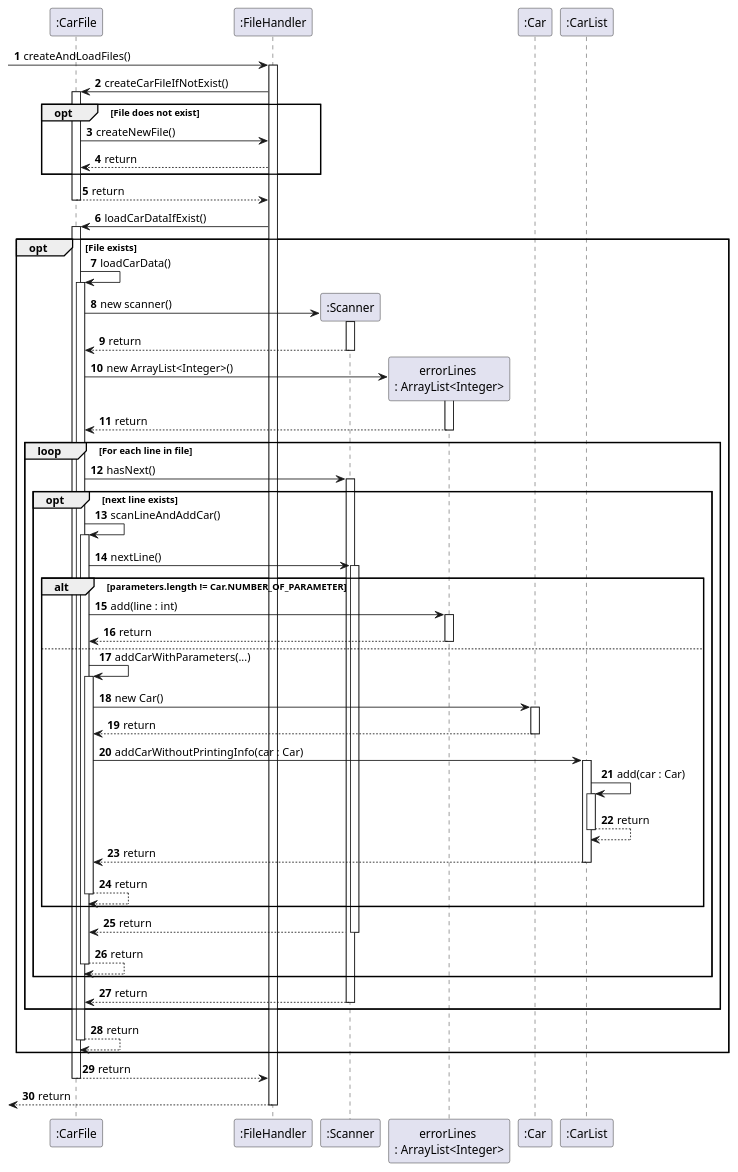
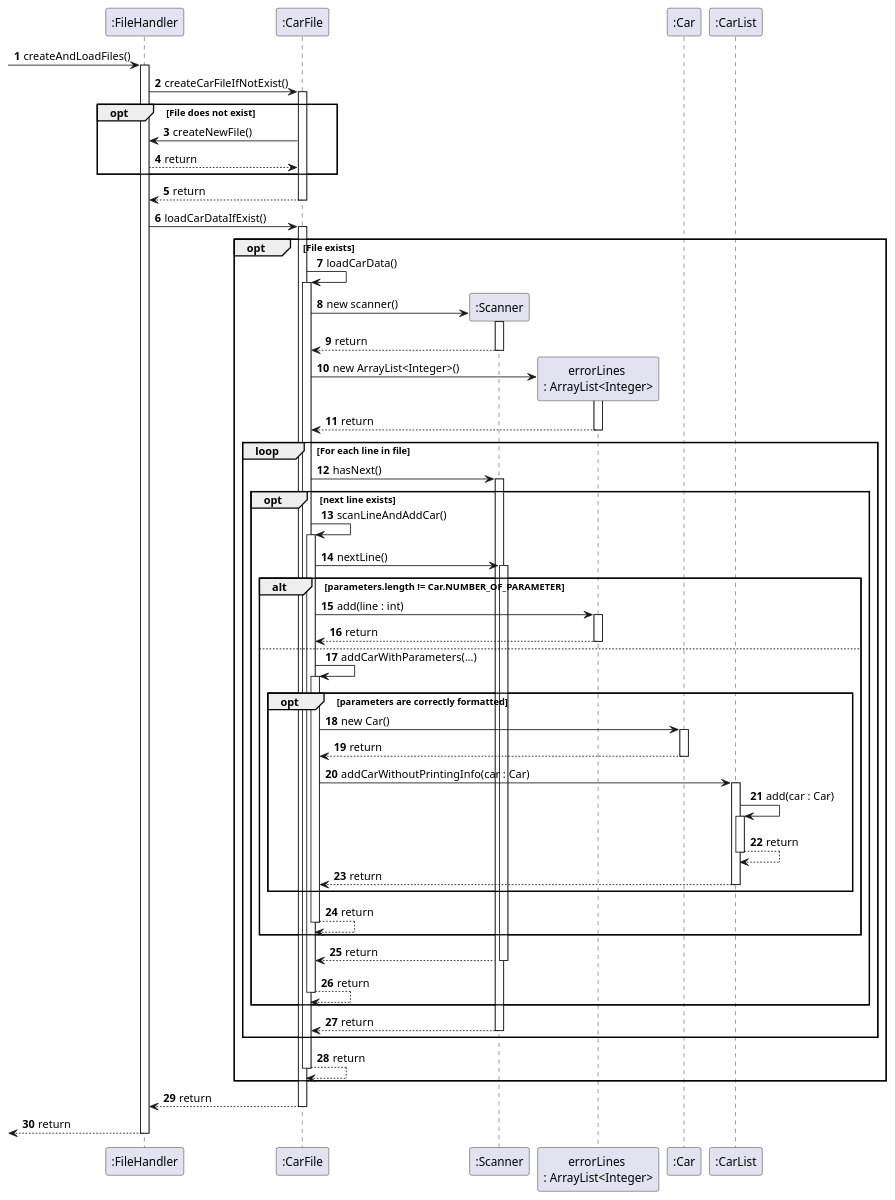
Before and after one commit to rexkoh425/tp: the diagram in docs/UML/CarFileLoader.puml, drawn with PlantUML. The commit also changed 3 other files, not shown here.

```diff
--- a/docs/UML/CarFileLoader.puml
+++ b/docs/UML/CarFileLoader.puml
@@ -1,90 +1,92 @@
 @startuml
 'https://plantuml.com/sequence-diagram
 
 autonumber
+participant ":FileHandler" as FileHandler
 participant ":CarFile" as CarFile
-participant ":FileHandler" as FileHandler
 participant ":Scanner" as scanner
 participant "errorLines \n: ArrayList<Integer>" as ArrayList
 participant ":Car" as Car
 participant ":CarList" as CarList
 
  -> FileHandler: createAndLoadFiles()
 activate FileHandler
     FileHandler -> CarFile : createCarFileIfNotExist()
     activate CarFile
         opt File does not exist
             CarFile -> FileHandler : createNewFile()
             FileHandler --> CarFile : return
         end opt
     CarFile --> FileHandler : return
     deactivate CarFile
 
 FileHandler -> CarFile: loadCarDataIfExist()
 activate CarFile
     opt File exists
         CarFile -> CarFile : loadCarData()
         activate CarFile
 
 
             create scanner
             CarFile -> scanner : new scanner()
             activate scanner
                 scanner --> CarFile : return
             deactivate scanner
 
             create ArrayList
             CarFile -> ArrayList: new ArrayList<Integer>()
             activate ArrayList
                 ArrayList --> CarFile : return
             deactivate ArrayList
 
             loop For each line in file
                 CarFile -> scanner : hasNext()
                 activate scanner
                     opt next line exists
                         CarFile -> CarFile: scanLineAndAddCar()
                         activate CarFile
                             CarFile -> scanner : nextLine()
                             activate scanner
                                 alt parameters.length != Car.NUMBER_OF_PARAMETER
                                     CarFile -> ArrayList : add(line : int)
                                     activate ArrayList
                                     ArrayList --> CarFile : return
                                     deactivate ArrayList
                                 else
                                     CarFile -> CarFile : addCarWithParameters(...)
+                                    opt parameters are correctly formatted
                                     activate CarFile
                                         CarFile -> Car : new Car()
                                         activate Car
                                         Car --> CarFile : return
                                         deactivate Car
                                         CarFile -> CarList : addCarWithoutPrintingInfo(car : Car)
                                         activate CarList
                                             CarList -> CarList : add(car : Car)
                                             activate CarList
                                                 CarList --> CarList : return
                                             deactivate CarList
                                         CarList --> CarFile : return
                                         deactivate CarList
+                                    end opt
                                     CarFile --> CarFile : return
                                     deactivate CarFile
                                 end alt
                             scanner --> CarFile : return
                             deactivate scanner
                         CarFile --> CarFile : return
                         deactivate CarFile
                     end opt
                 scanner --> CarFile : return
                 deactivate scanner
             end loop
 
         CarFile --> CarFile : return
         deactivate CarFile
     end opt
 CarFile --> FileHandler : return
 deactivate CarFile
 
 <-- FileHandler : return
 deactivate FileHandler
 @enduml
```
